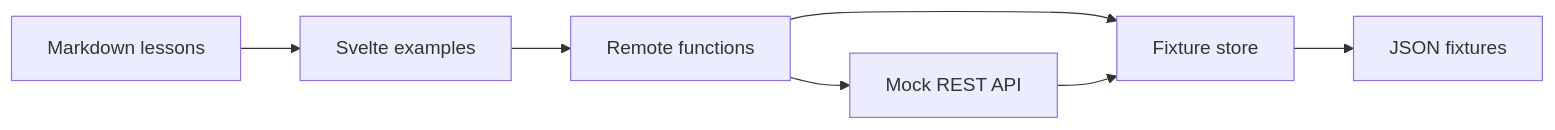
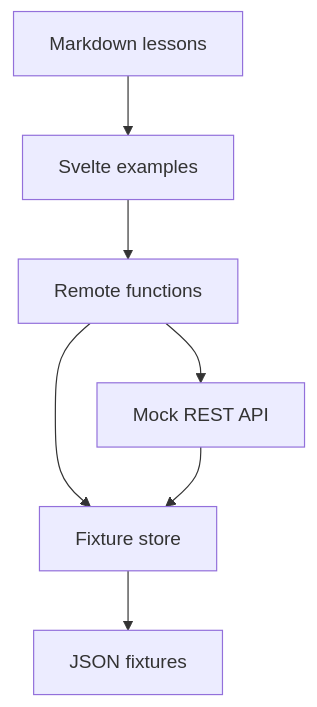
Before and after one commit to dgrebb/sveltekit-engineering-lab: the diagram in src/routes/docs/introduction/+page.md, drawn with Mermaid. The commit also changed 7 other files, not shown here.

Commit message:
feat: improve docsmith mermaid charts with custom component

````diff
--- a/src/routes/docs/introduction/+page.md
+++ b/src/routes/docs/introduction/+page.md
@@ -43,11 +43,11 @@
 ```mermaid
-flowchart LR
+flowchart TB
   accTitle: Agentic Engineering Lab data flow
   accDescr: Markdown lessons embed Svelte examples that call remote functions. Remote functions use either the fixture store or the mock REST API. Both paths share session-scoped fixture state.
   MD["Markdown lessons"] --> EX["Svelte examples"]
   EX --> RF["Remote functions"]
   RF --> STORE["Fixture store"]
   RF --> API["Mock REST API"]
   API --> STORE
   STORE --> FIX["JSON fixtures"]
 ```
````
